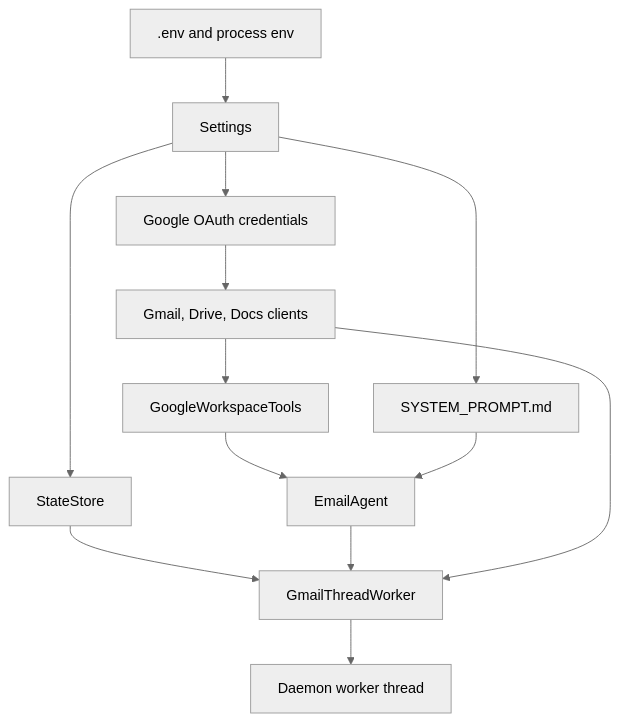
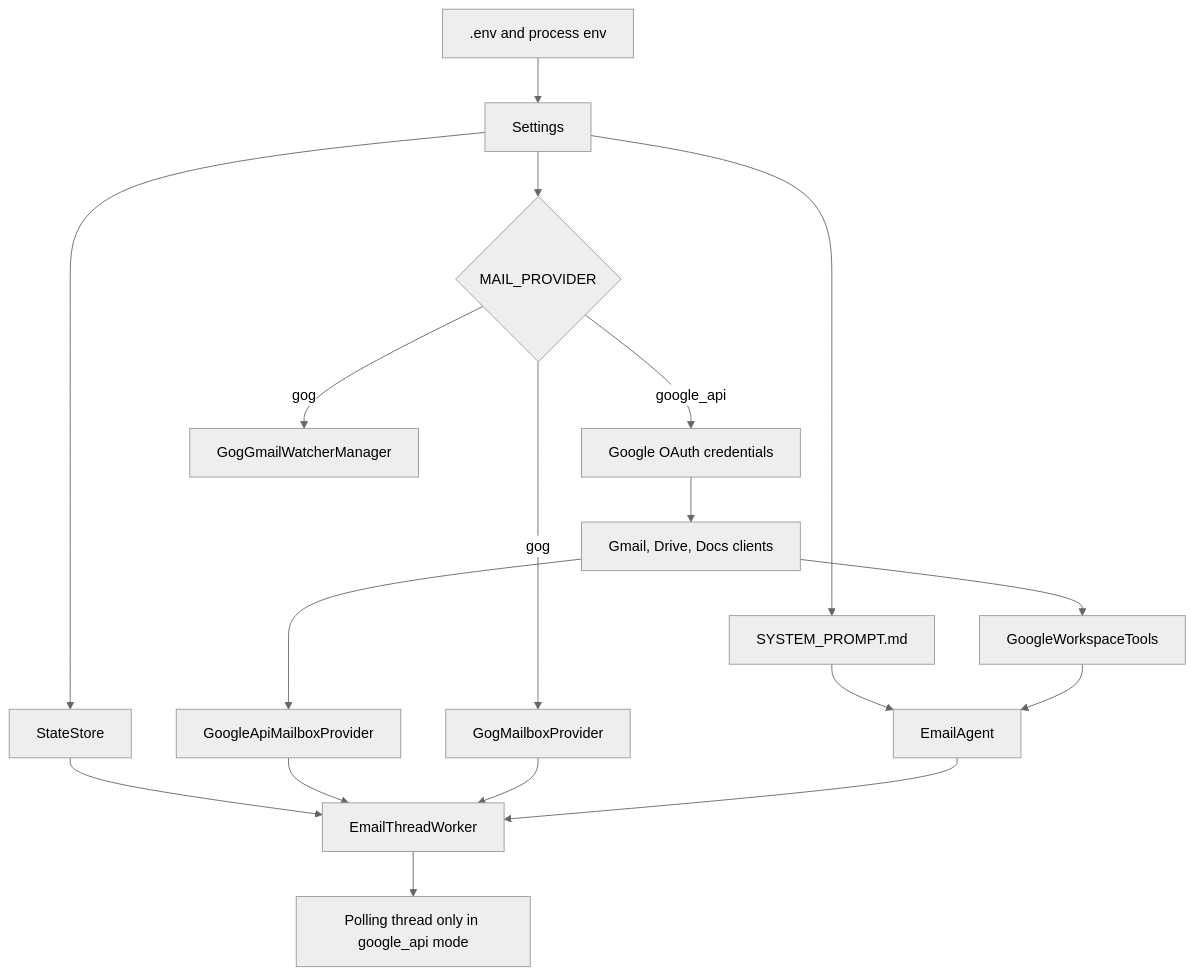
Before and after one commit to LunarMothStudios/Canna-Mailroom: the second of 3 diagrams in docs/architecture.md, drawn with Mermaid (neutral theme). The commit also changed other lines of this file and 30 other files, not shown here.

````diff
--- a/docs/architecture.md
+++ b/docs/architecture.md
@@ -40,15 +43,23 @@
 ```mermaid
 flowchart TD
     Env[".env and process env"] --> Settings["Settings"]
-    Settings --> Creds["Google OAuth credentials"]
+    Settings --> Provider{"MAIL_PROVIDER"}
+
+    Provider -- google_api --> Creds["Google OAuth credentials"]
     Creds --> Clients["Gmail, Drive, Docs clients"]
+    Clients --> MailboxA["GoogleApiMailboxProvider"]
+    Clients --> Tools["GoogleWorkspaceTools"]
+
+    Provider -- gog --> Watcher["GogGmailWatcherManager"]
+    Provider -- gog --> MailboxB["GogMailboxProvider"]
+
     Settings --> State["StateStore"]
-    Clients --> Tools["GoogleWorkspaceTools"]
     Settings --> Prompt["SYSTEM_PROMPT.md"]
-    Tools --> Agent["EmailAgent"]
-    Prompt --> Agent
-    State --> Worker["GmailThreadWorker"]
+    Prompt --> Agent["EmailAgent"]
+    Tools --> Agent
+    State --> Worker["EmailThreadWorker"]
+    MailboxA --> Worker
+    MailboxB --> Worker
     Agent --> Worker
-    Clients --> Worker
-    Worker --> Thread["Daemon worker thread"]
+    Worker --> Thread["Polling thread only in google_api mode"]
 ```
````
